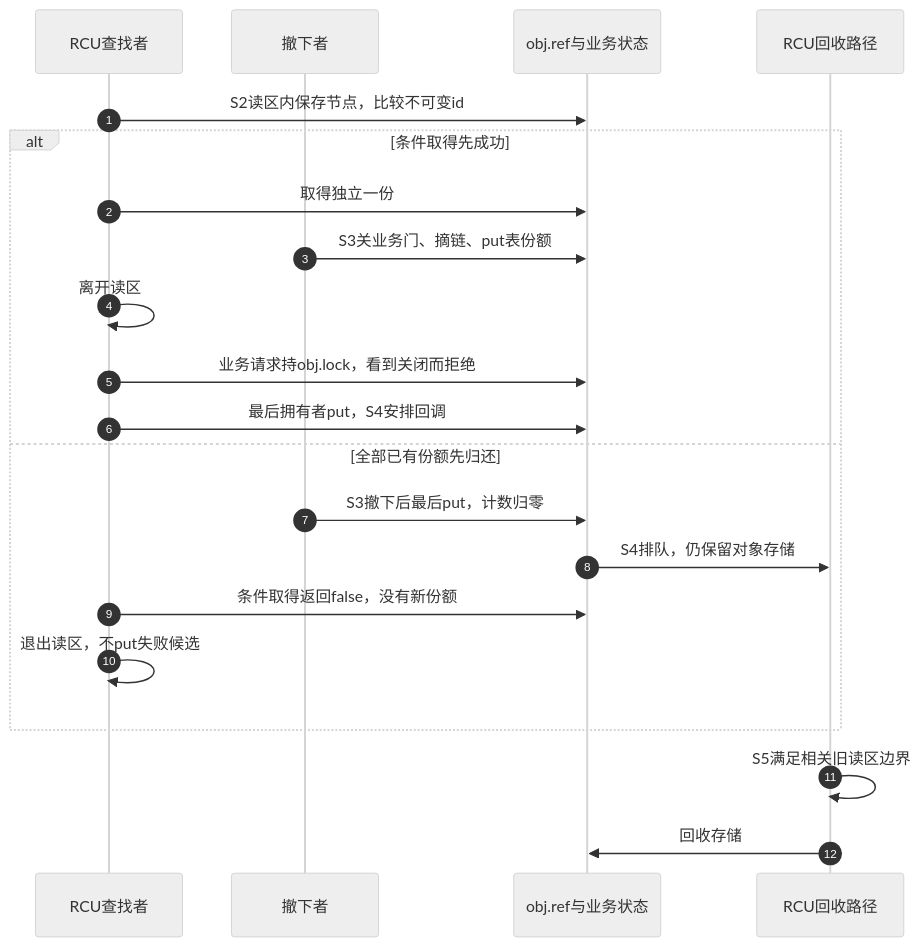
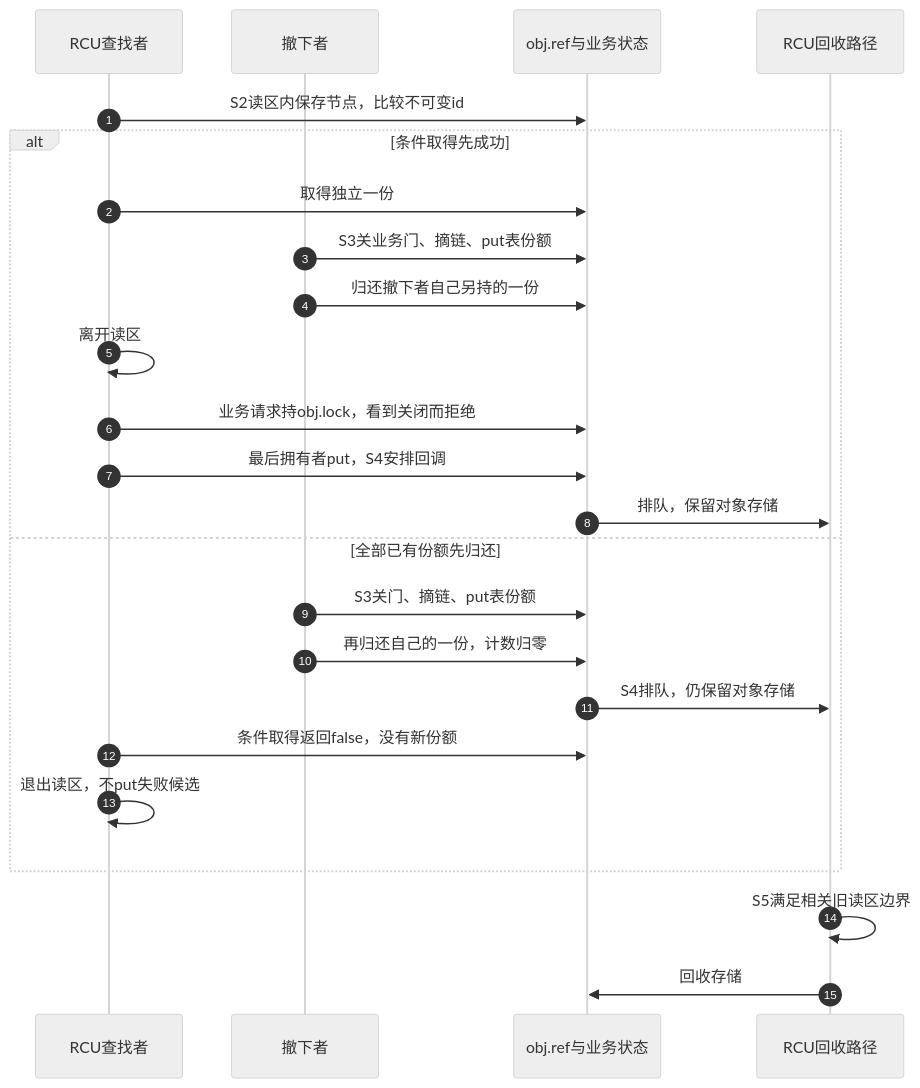
One commit to FormingSystem/linux_note changed the second of 2 diagrams in knowledge/linux/object_lifetime/kref/P25_RCU查找与业务关闭工程模板.md. Above: the diagram before and after it, drawn with Mermaid (neutral theme). The commit also changed other lines of this file, not shown here.

````diff
--- a/knowledge/linux/object_lifetime/kref/P25_RCU查找与业务关闭工程模板.md
+++ b/knowledge/linux/object_lifetime/kref/P25_RCU查找与业务关闭工程模板.md
@@ -46,23 +49,26 @@
 ```mermaid
 sequenceDiagram
     autonumber
     participant R as RCU查找者
     participant U as 撤下者
     participant O as obj.ref与业务状态
     participant C as RCU回收路径
     R->>O: S2读区内保存节点，比较不可变id
     alt 条件取得先成功
         R->>O: 取得独立一份
         U->>O: S3关业务门、摘链、put表份额
+        U->>O: 归还撤下者自己另持的一份
         R->>R: 离开读区
         R->>O: 业务请求持obj.lock，看到关闭而拒绝
         R->>O: 最后拥有者put，S4安排回调
+        O->>C: 排队，保留对象存储
     else 全部已有份额先归还
-        U->>O: S3撤下后最后put，计数归零
+        U->>O: S3关门、摘链、put表份额
+        U->>O: 再归还自己的一份，计数归零
         O->>C: S4排队，仍保留对象存储
         R->>O: 条件取得返回false，没有新份额
         R->>R: 退出读区，不put失败候选
     end
     C->>C: S5满足相关旧读区边界
     C->>O: 回收存储
 ```
````
